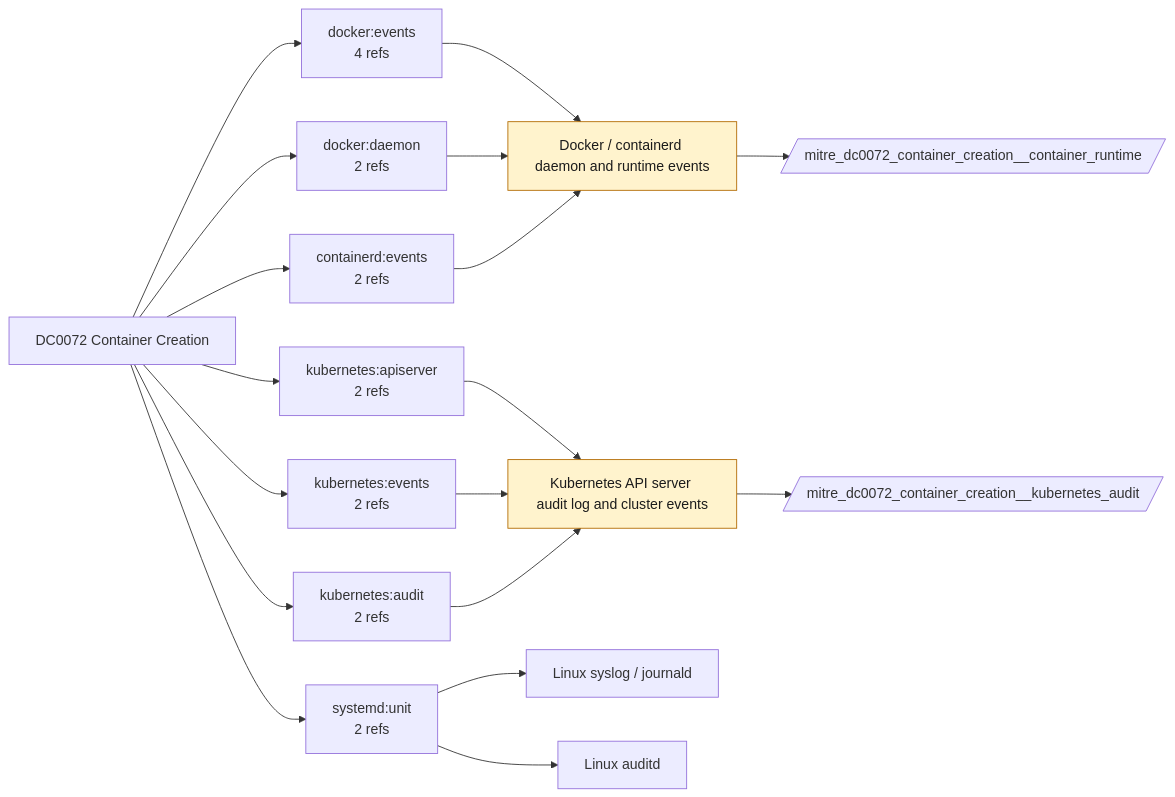
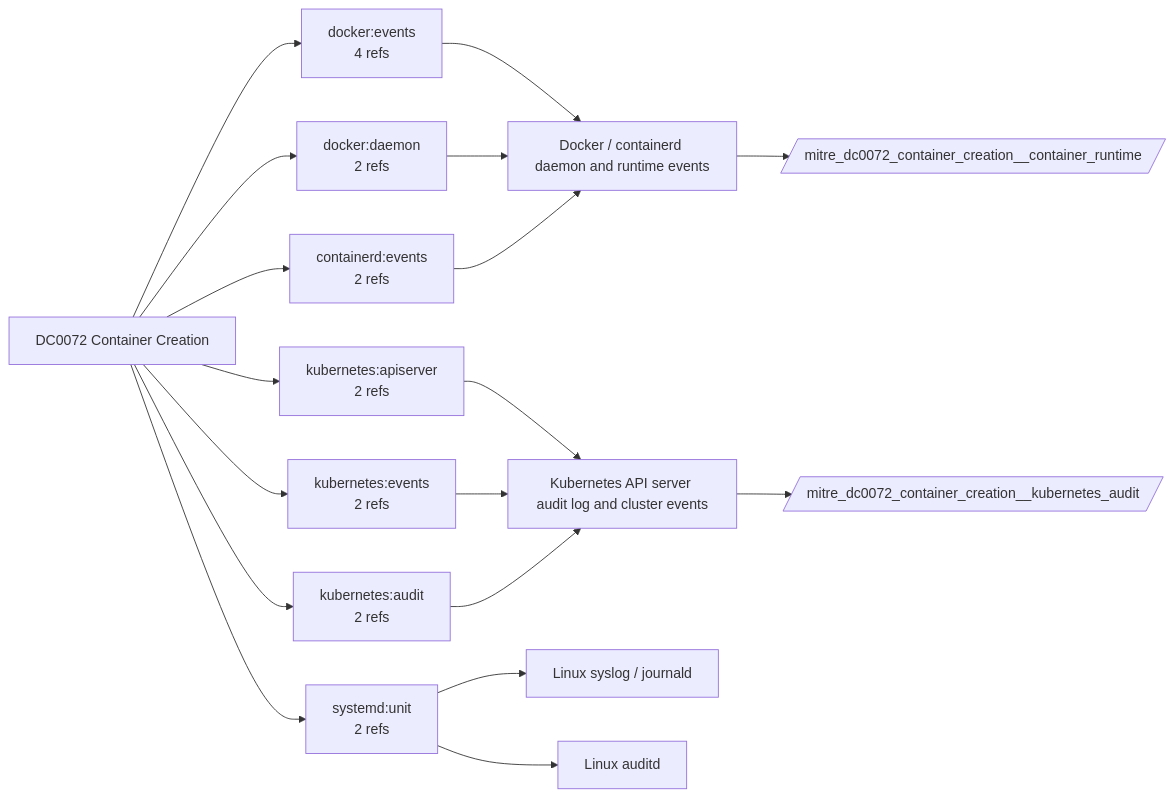
The diagram in docs/data-components/DC0072-container-creation.md (dev-nobytes-io/mitre-defensive-mappings-spl), drawn with Mermaid before and after one commit. The commit also changed other lines of this file and 366 other files, not shown here.

````diff
--- a/docs/data-components/DC0072-container-creation.md
+++ b/docs/data-components/DC0072-container-creation.md
@@ -19,29 +19,25 @@
 ```mermaid
 flowchart LR
   DC["DC0072 Container Creation"]
   DC --> LS0["docker:events<br/>4 refs"]
   F_container_runtime["Docker / containerd daemon and runtime events"]
   LS0 --> F_container_runtime
   DC --> LS1["kubernetes:apiserver<br/>2 refs"]
   F_kubernetes_audit["Kubernetes API server audit log and cluster events"]
   LS1 --> F_kubernetes_audit
   DC --> LS2["kubernetes:events<br/>2 refs"]
   LS2 --> F_kubernetes_audit
   DC --> LS3["docker:daemon<br/>2 refs"]
   LS3 --> F_container_runtime
   DC --> LS4["kubernetes:audit<br/>2 refs"]
   LS4 --> F_kubernetes_audit
   DC --> LS5["systemd:unit<br/>2 refs"]
   F_linux_syslog["Linux syslog / journald"]
   LS5 --> F_linux_syslog
   F_auditd["Linux auditd"]
   LS5 --> F_auditd
   DC --> LS6["containerd:events<br/>2 refs"]
   LS6 --> F_container_runtime
   F_container_runtime --> ET_container_runtime[/"mitre_dc0072_container_creation__container_runtime"/]
-  class F_container_runtime ready
   F_kubernetes_audit --> ET_kubernetes_audit[/"mitre_dc0072_container_creation__kubernetes_audit"/]
-  class F_kubernetes_audit ready
-  classDef live fill:#d4edda,stroke:#2e7d32,color:#1b1b1b
-  classDef ready fill:#fff3cd,stroke:#b26a00,color:#1b1b1b
 ```
````
